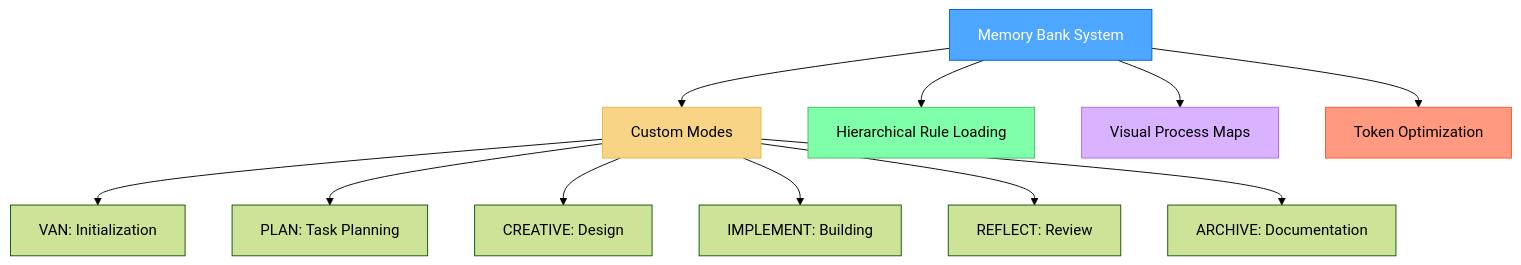
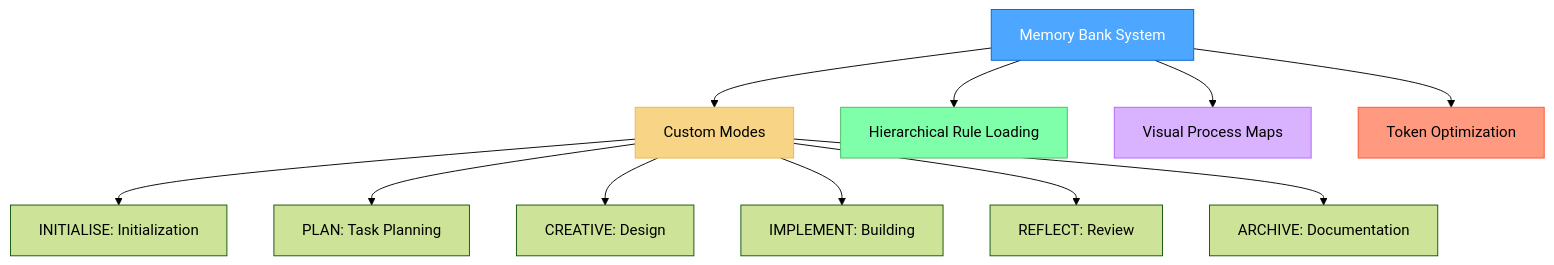
The first of 2 diagrams in README.md (vanzan01/cursor-memory-bank), drawn with Mermaid (forest theme) before and after one commit. The commit also changed other lines of this file and 31 other files, not shown here.

````diff
--- a/README.md
+++ b/README.md
@@ -33,20 +33,20 @@
 ```mermaid
 graph TD
     Main["Memory Bank System"] --> Modes["Custom Modes"]
     Main --> Rules["Hierarchical Rule Loading"]
     Main --> Visual["Visual Process Maps"]
     Main --> Token["Token Optimization"]
     
-    Modes --> VAN["VAN: Initialization"]
+    Modes --> INITIALISE["INITIALISE: Initialization"]
     Modes --> PLAN["PLAN: Task Planning"]
     Modes --> CREATIVE["CREATIVE: Design"]
     Modes --> IMPLEMENT["IMPLEMENT: Building"]
     Modes --> REFLECT["REFLECT: Review"]
     Modes --> ARCHIVE["ARCHIVE: Documentation"]
     
     style Main fill:#4da6ff,stroke:#0066cc,color:white
     style Modes fill:#f8d486,stroke:#e8b84d,color:black
     style Rules fill:#80ffaa,stroke:#4dbb5f,color:black
     style Visual fill:#d9b3ff,stroke:#b366ff,color:black
     style Token fill:#ff9980,stroke:#ff5533,color:black
 ```
````
